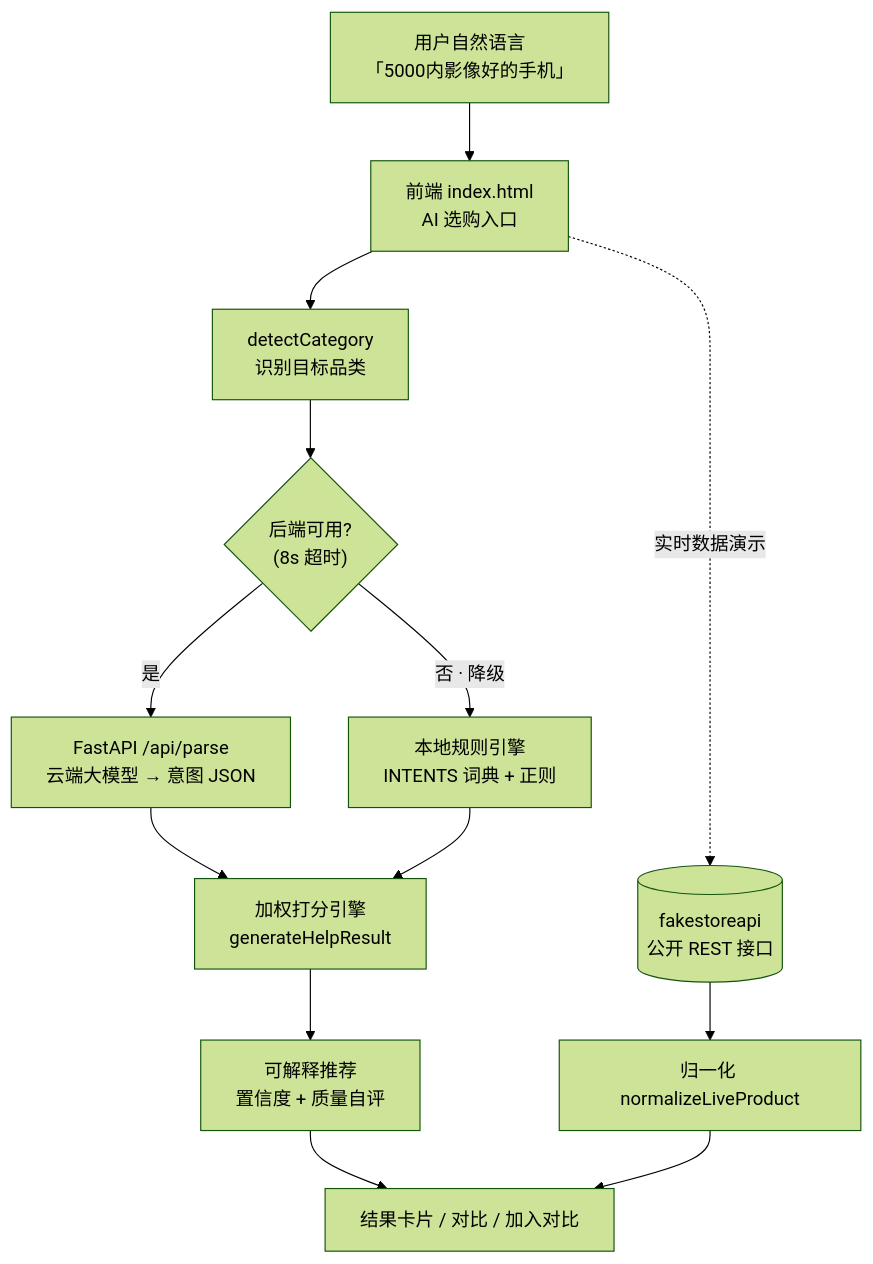
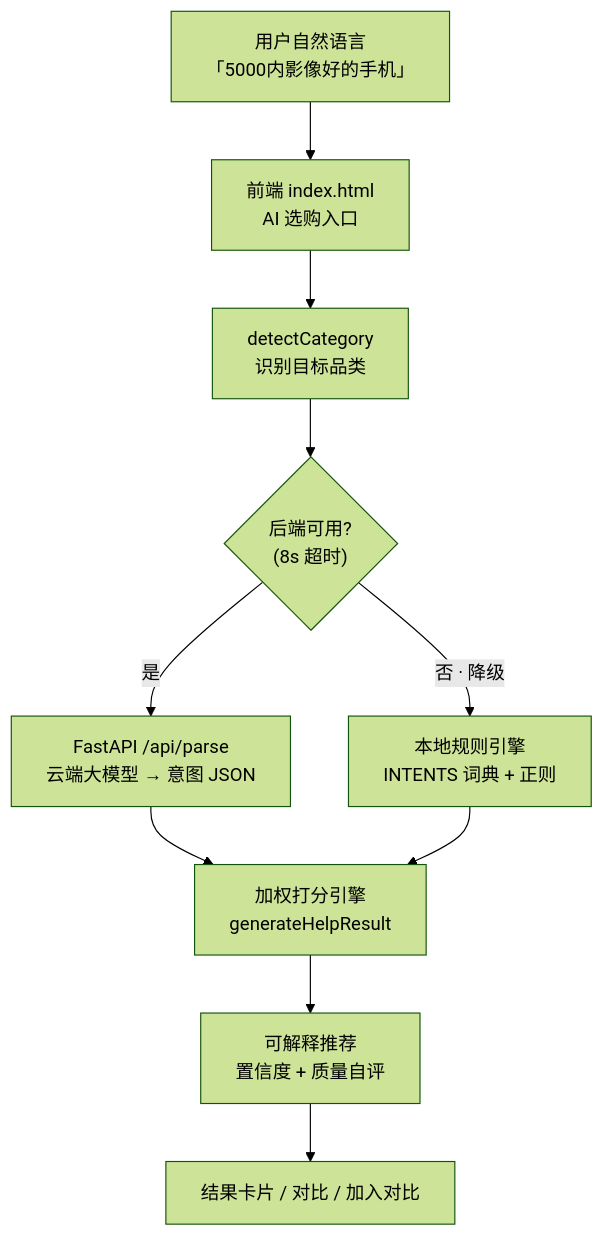
One commit to fengfengmay11-design/smart-pick changed the diagram in README.md. Above: the diagram before and after it, drawn with Mermaid (forest theme). The commit also changed other lines of this file and 3 other files, not shown here.

````diff
--- a/README.md
+++ b/README.md
@@ -119,15 +119,12 @@
 ```mermaid
 flowchart TB
   U["用户自然语言<br/>「5000内影像好的手机」"] --> FE["前端 index.html<br/>AI 选购入口"]
   FE --> DET["detectCategory<br/>识别目标品类"]
   DET --> DEC{"后端可用?<br/>(8s 超时)"}
   DEC -->|"是"| LLM["FastAPI /api/parse<br/>云端大模型 → 意图 JSON"]
   DEC -->|"否 · 降级"| RULE["本地规则引擎<br/>INTENTS 词典 + 正则"]
   LLM --> ENGINE["加权打分引擎<br/>generateHelpResult"]
   RULE --> ENGINE
   ENGINE --> EXP["可解释推荐<br/>置信度 + 质量自评"]
   EXP --> UI["结果卡片 / 对比 / 加入对比"]
-  FE -.->|"实时数据演示"| API[("fakestoreapi<br/>公开 REST 接口")]
-  API --> NORM["归一化 normalizeLiveProduct"]
-  NORM --> UI
 ```
````
